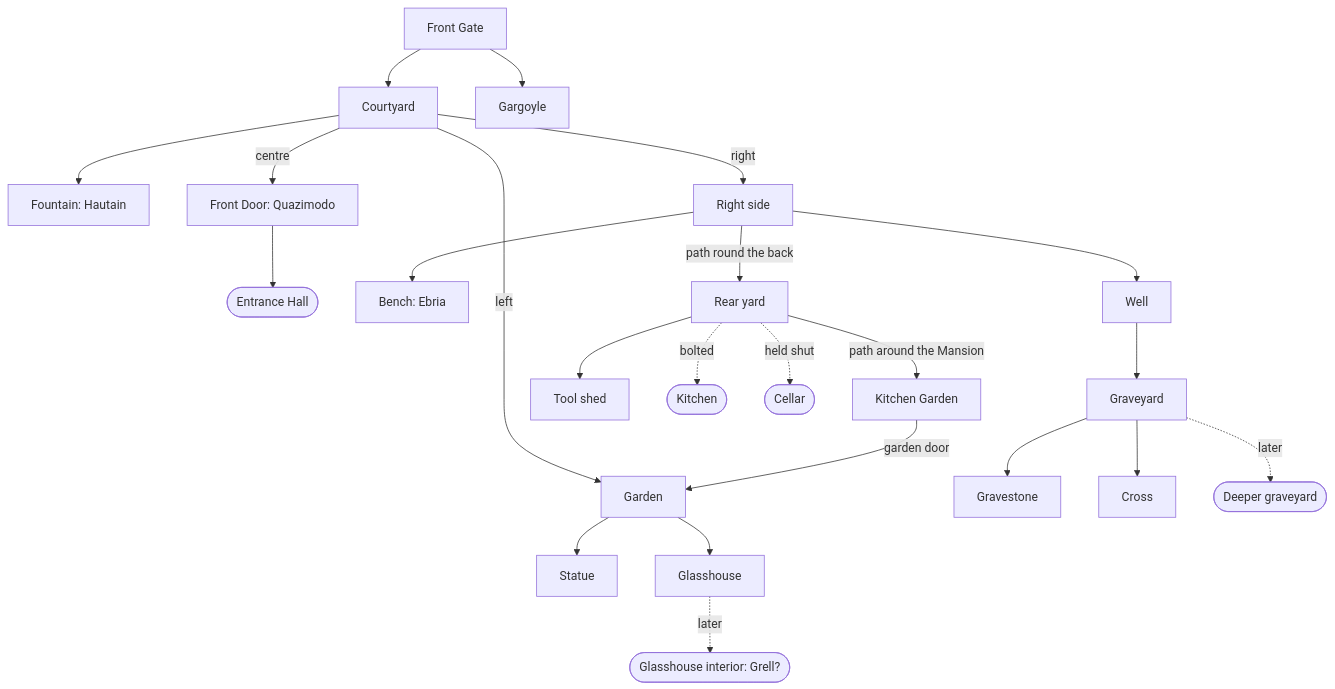
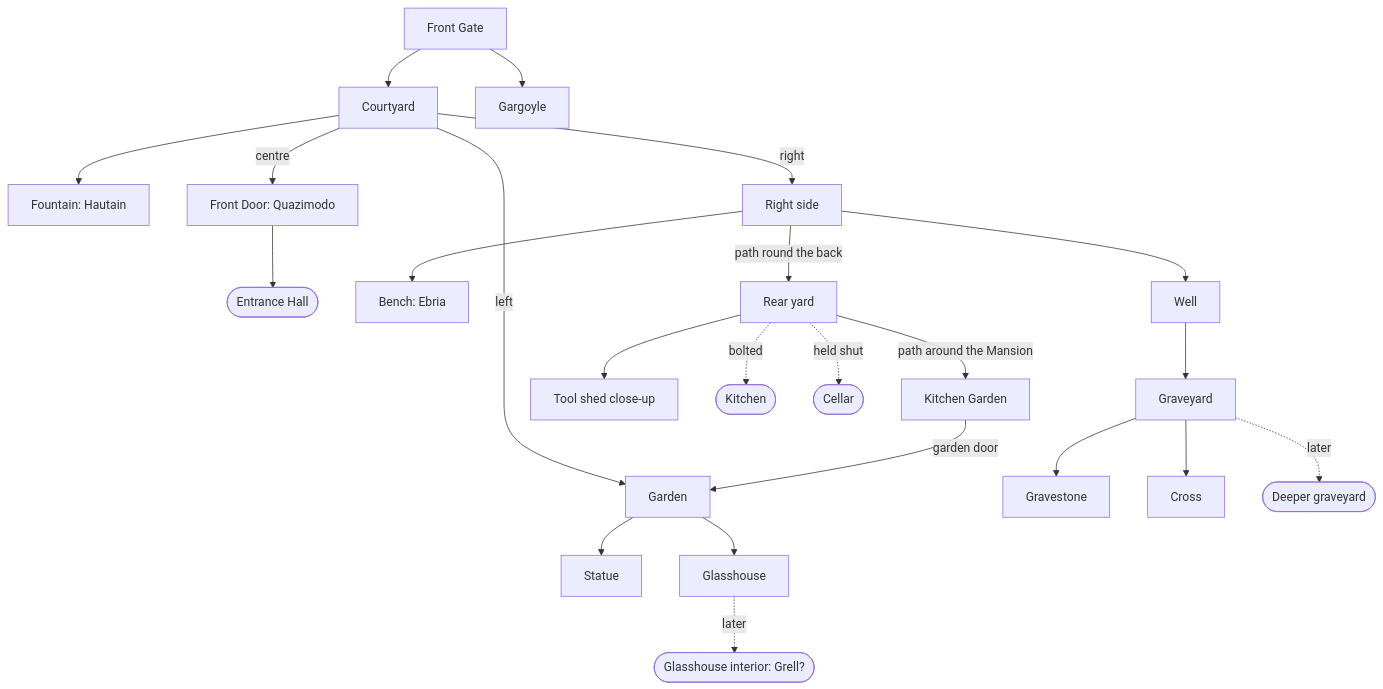
The diagram in PUZZLES.md (jamesmcmahondk-oss/The-Mansion), drawn with Mermaid before and after one commit. The commit also changed other lines of this file and 9 other files, not shown here.

First line of the commit message:
Tool shed close-up

````diff
--- a/PUZZLES.md
+++ b/PUZZLES.md
@@ -25,17 +25,17 @@
 ```mermaid
 flowchart TD
     GATE[Front Gate] --> COURT[Courtyard]
     GATE --> GARG[Gargoyle]
     COURT --> FOUNT[Fountain: Hautain]
     COURT -->|centre| DOOR[Front Door: Quazimodo] --> HALL([Entrance Hall])
     COURT -->|left| GARDEN[Garden] --> STATUE[Statue] & GLASS[Glasshouse]
     GLASS -.later.-> GLASSIN([Glasshouse interior: Grell?])
     COURT -->|right| RIGHT[Right side] --> BENCH[Bench: Ebria] & WELL[Well]
     WELL --> GRAVE[Graveyard] --> STONE[Gravestone] & CROSS[Cross]
     GRAVE -.later.-> DEEP([Deeper graveyard])
     RIGHT -->|path round the back| REAR[Rear yard]
-    REAR --> SHED[Tool shed]
+    REAR --> SHED[Tool shed close-up]
     REAR -.bolted.-> KITCHEN([Kitchen])
     REAR -.held shut.-> CELLAR([Cellar])
     REAR -->|path around the Mansion| KGARDEN[Kitchen Garden] -->|garden door| GARDEN
 ```
````
